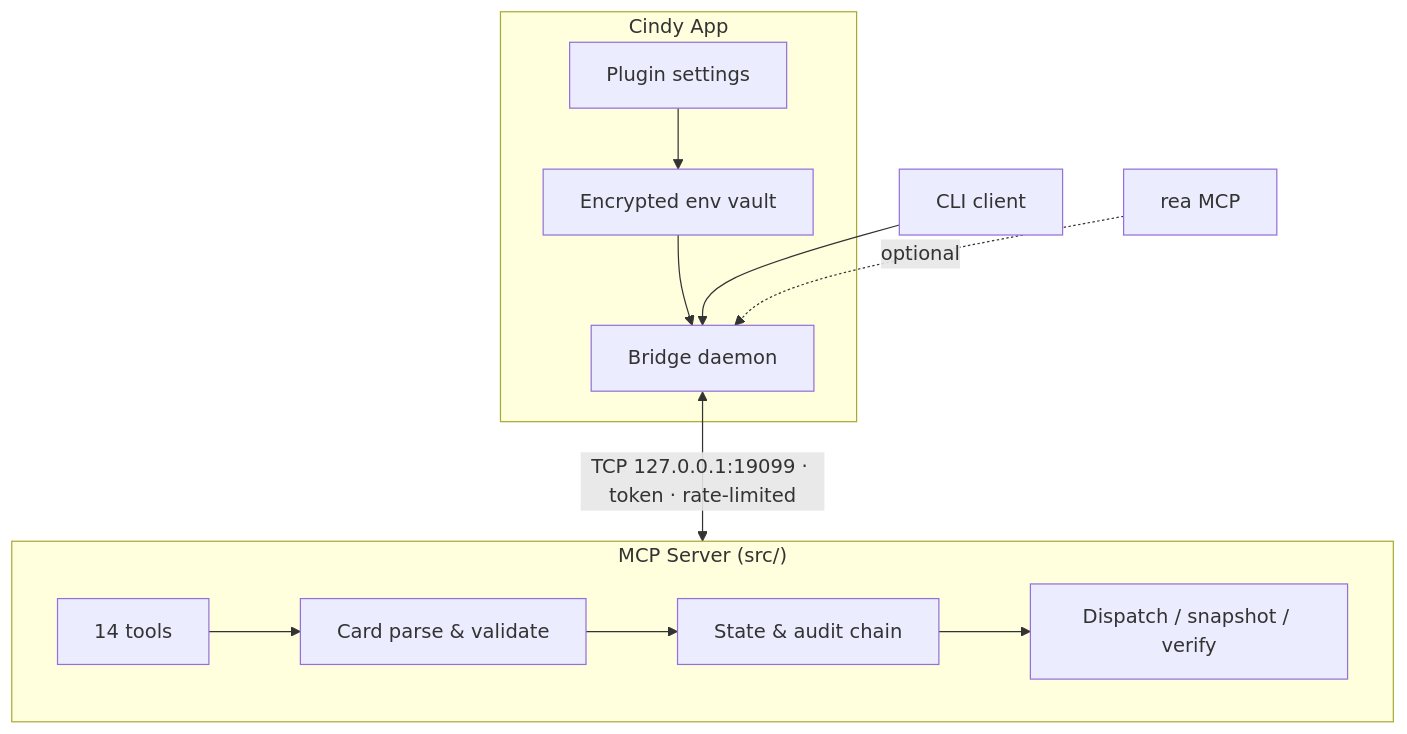
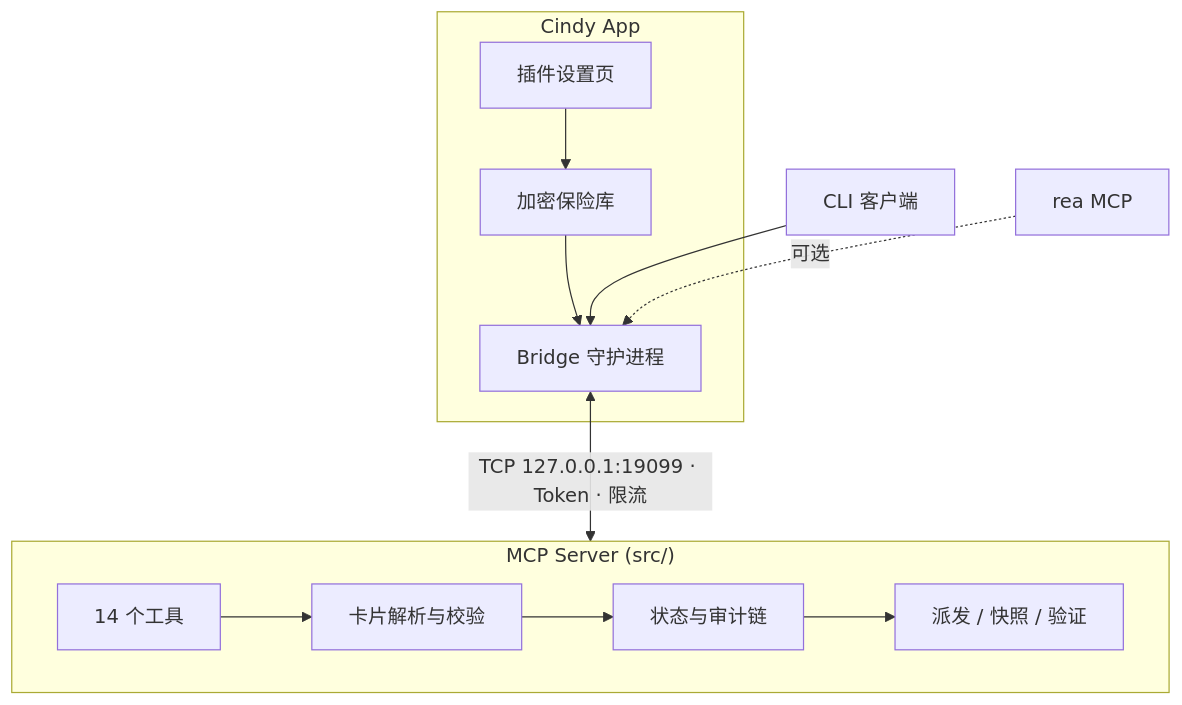
The second of 2 diagrams in README.md (skyer-now/carlos-flow), drawn with Mermaid before and after one commit. The commit also changed other lines of this file and 2 other files, not shown here.

````diff
--- a/README.md
+++ b/README.md
@@ -167,15 +168,15 @@
 ```mermaid
 flowchart TB
     subgraph Cindy["Cindy App"]
-        UI[Plugin settings] --> ENV[Encrypted env vault]
-        ENV --> BR[Bridge daemon]
+        UI[插件设置页] --> ENV[加密保险库]
+        ENV --> BR[Bridge 守护进程]
     end
     subgraph Server["MCP Server (src/)"]
-        T[14 tools] --> C[Card parse & validate]
-        C --> S[State & audit chain]
-        S --> D[Dispatch / snapshot / verify]
+        T[14 个工具] --> C[卡片解析与校验]
+        C --> S[状态与审计链]
+        S --> D[派发 / 快照 / 验证]
     end
-    BR <-- "TCP 127.0.0.1:19099 · token · rate-limited" --> Server
-    CLI[CLI client] --> BR
-    REA[rea MCP] -. optional .-> BR
+    BR <-- "TCP 127.0.0.1:19099 · Token · 限流" --> Server
+    CLI[CLI 客户端] --> BR
+    REA[rea MCP] -. 可选 .-> BR
 ```
````
